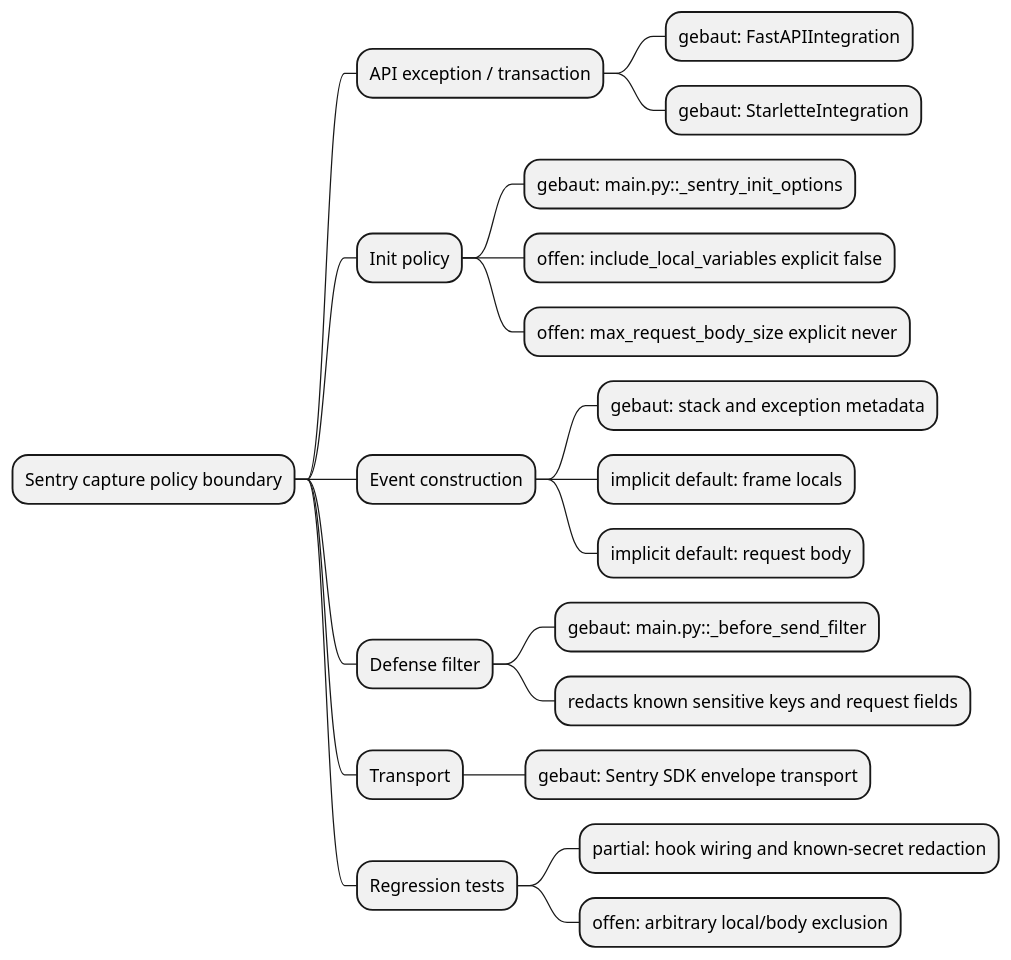
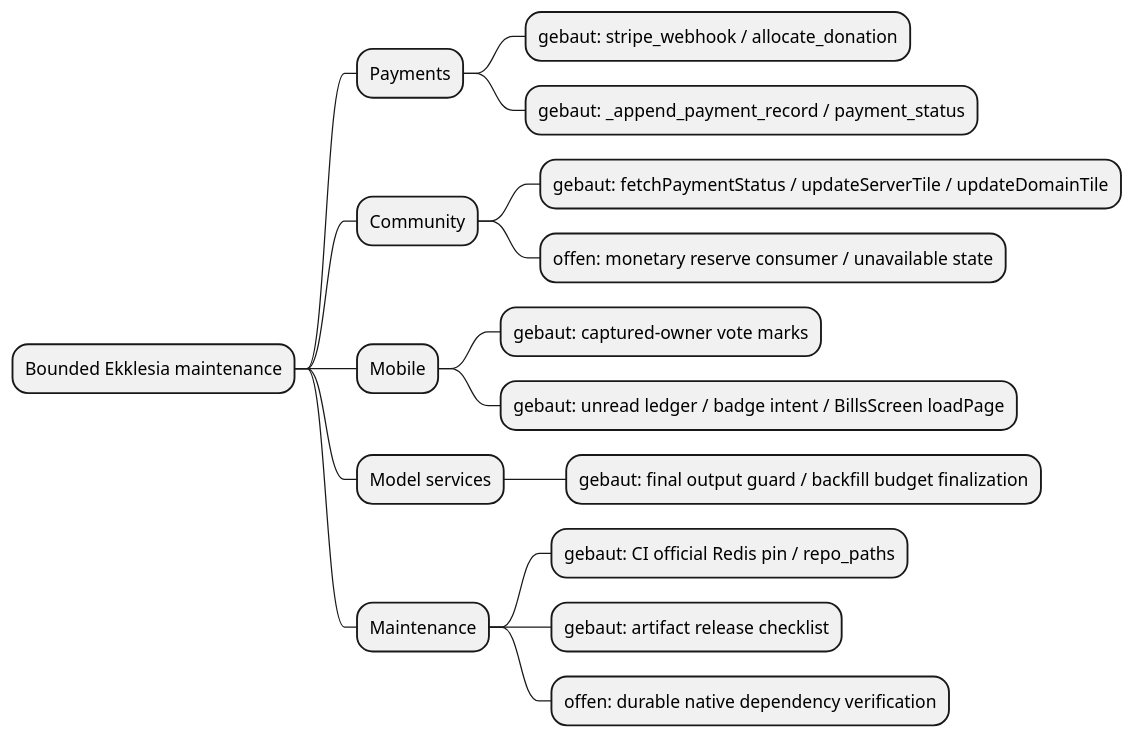
Before and after one commit to NeaBouli/pnyx: the first of 2 diagrams in docs/architecture/map.puml, drawn with PlantUML. The commit also changed other lines of this file and 2 other files, not shown here.

Commit message:
docs(architecture): map bounded maintenance paths and open gates

```diff
--- a/docs/architecture/map.puml
+++ b/docs/architecture/map.puml
@@ -96,22 +1,18 @@
 @startmindmap
-* Sentry capture policy boundary
-** API exception / transaction
-*** gebaut: FastAPIIntegration
-*** gebaut: StarletteIntegration
-** Init policy
-*** gebaut: main.py::_sentry_init_options
-*** offen: include_local_variables explicit false
-*** offen: max_request_body_size explicit never
-** Event construction
-*** gebaut: stack and exception metadata
-*** implicit default: frame locals
-*** implicit default: request body
-** Defense filter
-*** gebaut: main.py::_before_send_filter
-*** redacts known sensitive keys and request fields
-** Transport
-*** gebaut: Sentry SDK envelope transport
-** Regression tests
-*** partial: hook wiring and known-secret redaction
-*** offen: arbitrary local/body exclusion
+* Bounded Ekklesia maintenance
+** Payments
+*** gebaut: stripe_webhook / allocate_donation
+*** gebaut: _append_payment_record / payment_status
+** Community
+*** gebaut: fetchPaymentStatus / updateServerTile / updateDomainTile
+*** offen: monetary reserve consumer / unavailable state
+** Mobile
+*** gebaut: captured-owner vote marks
+*** gebaut: unread ledger / badge intent / BillsScreen loadPage
+** Model services
+*** gebaut: final output guard / backfill budget finalization
+** Maintenance
+*** gebaut: CI official Redis pin / repo_paths
+*** gebaut: artifact release checklist
+*** offen: durable native dependency verification
 @endmindmap
```
